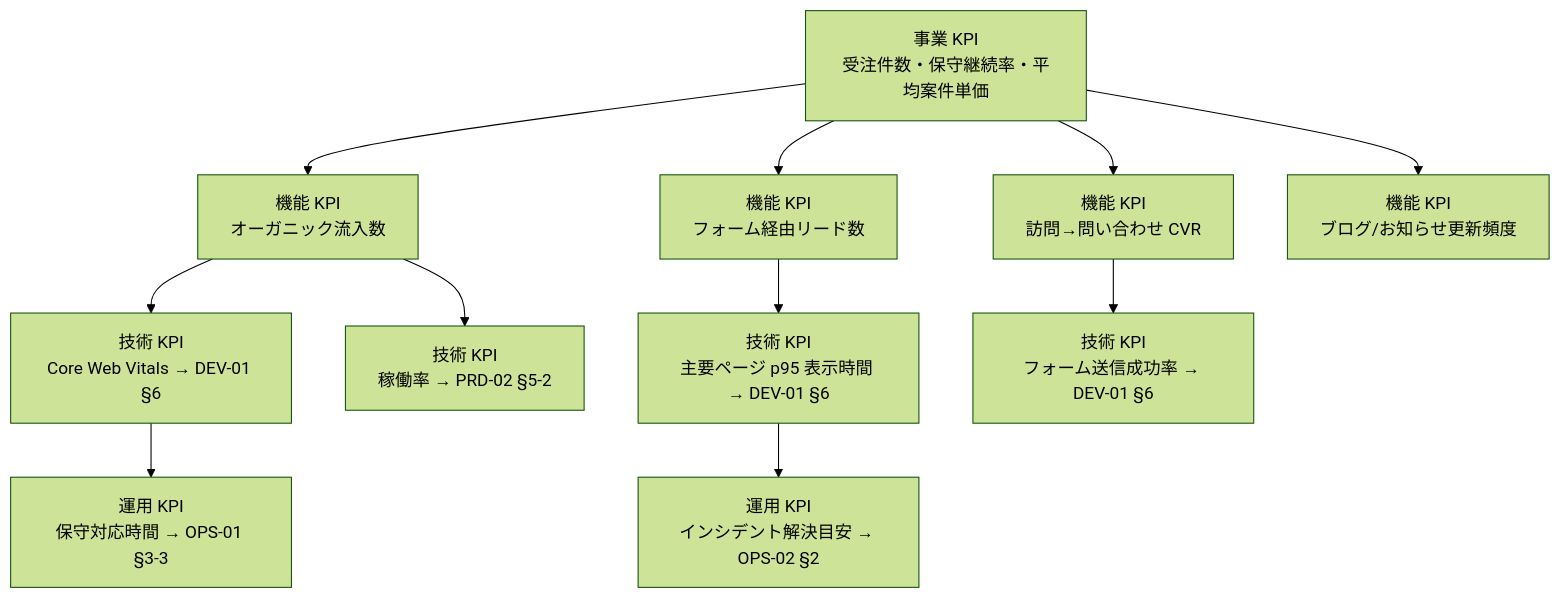
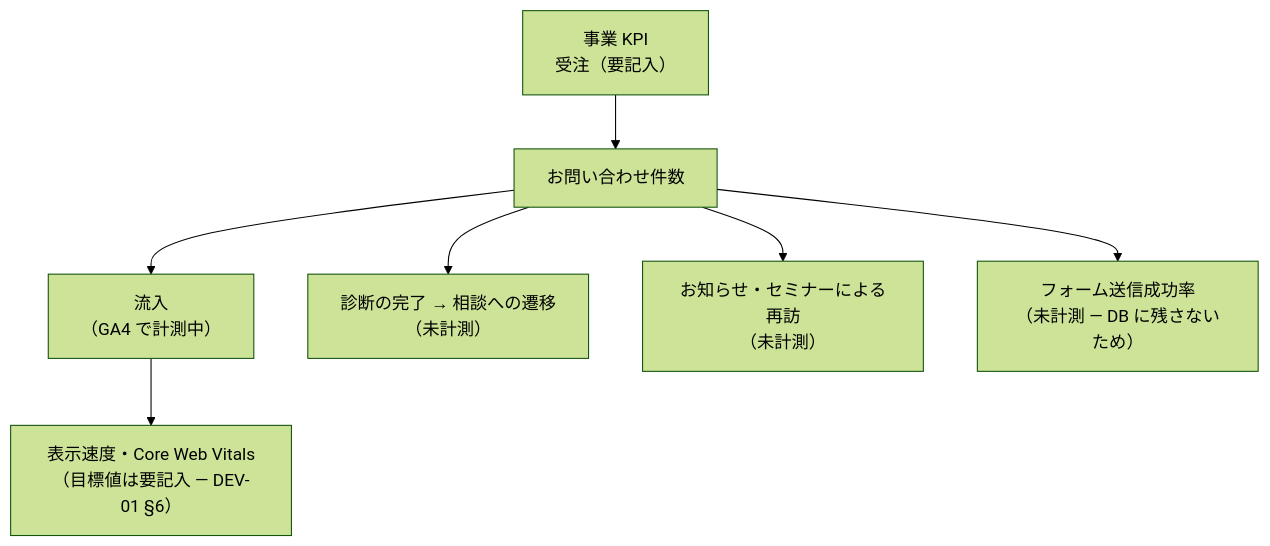
Before and after one commit to team-natural/natural-corporate: the diagram in docs/1-business/02-value-kpi.md, drawn with Mermaid (forest theme). The commit also changed other lines of this file and 25 other files, not shown here.

````diff
--- a/docs/1-business/02-value-kpi.md
+++ b/docs/1-business/02-value-kpi.md
@@ -37,13 +40,9 @@
 ```mermaid
 graph TD
-    KGI[事業 KPI<br/>受注件数・保守継続率・平均案件単価] --> FKPI1[機能 KPI<br/>オーガニック流入数]
-    KGI --> FKPI2[機能 KPI<br/>フォーム経由リード数]
-    KGI --> FKPI3[機能 KPI<br/>訪問→問い合わせ CVR]
-    KGI --> FKPI4[機能 KPI<br/>ブログ/お知らせ更新頻度]
-    FKPI1 --> TKPI1[技術 KPI<br/>Core Web Vitals → DEV-01 §6]
-    FKPI2 --> TKPI2[技術 KPI<br/>主要ページ p95 表示時間 → DEV-01 §6]
-    FKPI3 --> TKPI3[技術 KPI<br/>フォーム送信成功率 → DEV-01 §6]
-    FKPI1 --> TKPI4[技術 KPI<br/>稼働率 → PRD-02 §5-2]
-    TKPI1 --> OKPI1[運用 KPI<br/>保守対応時間 → OPS-01 §3-3]
-    TKPI2 --> OKPI2[運用 KPI<br/>インシデント解決目安 → OPS-02 §2]
+    KGI["事業 KPI<br/>受注（要記入）"] --> FKPI1["お問い合わせ件数"]
+    FKPI1 --> A["流入<br/>（GA4 で計測中）"]
+    FKPI1 --> B["診断の完了 → 相談への遷移<br/>（未計測）"]
+    FKPI1 --> C["お知らせ・セミナーによる再訪<br/>（未計測）"]
+    A --> T1["表示速度・Core Web Vitals<br/>（目標値は要記入 — DEV-01 §6）"]
+    FKPI1 --> T2["フォーム送信成功率<br/>（未計測 — DB に残さないため）"]
 ```
````
